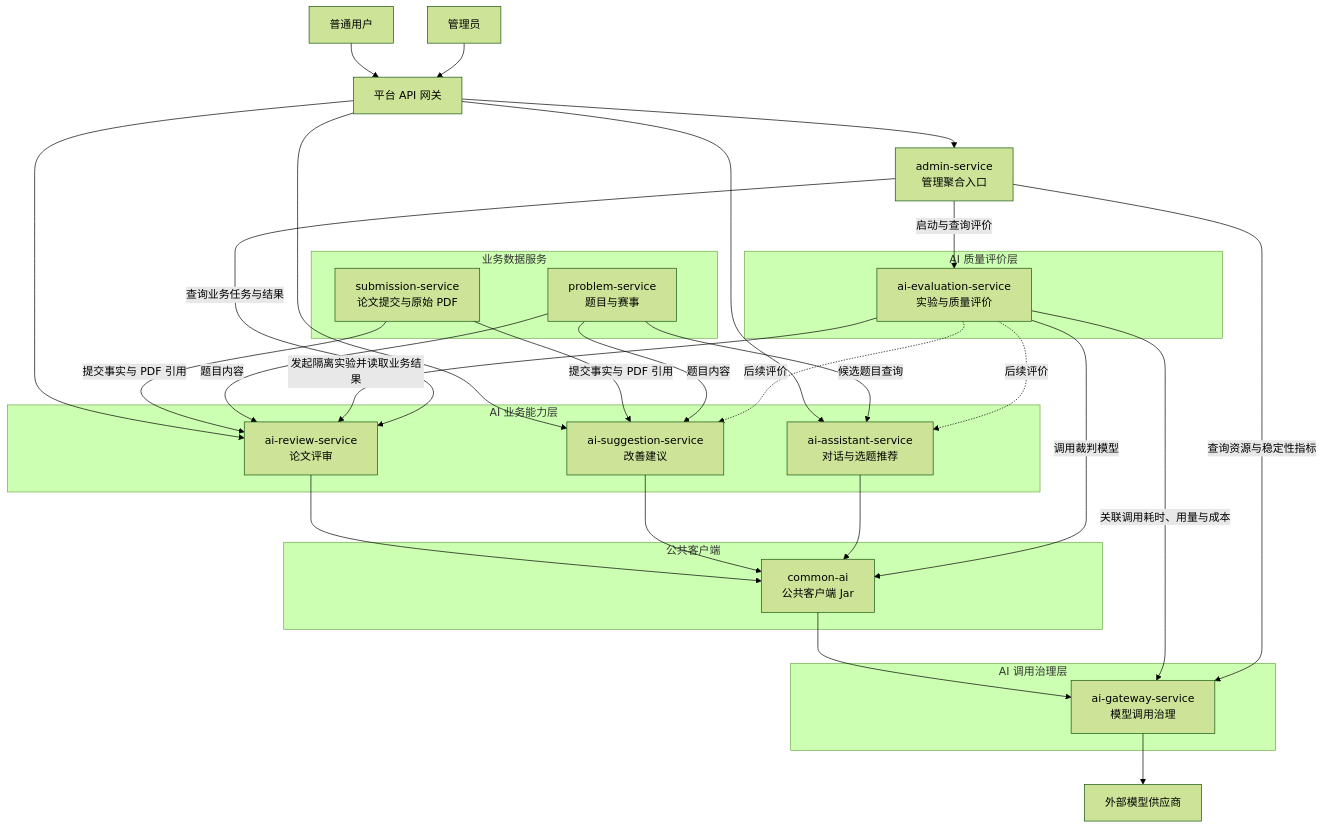
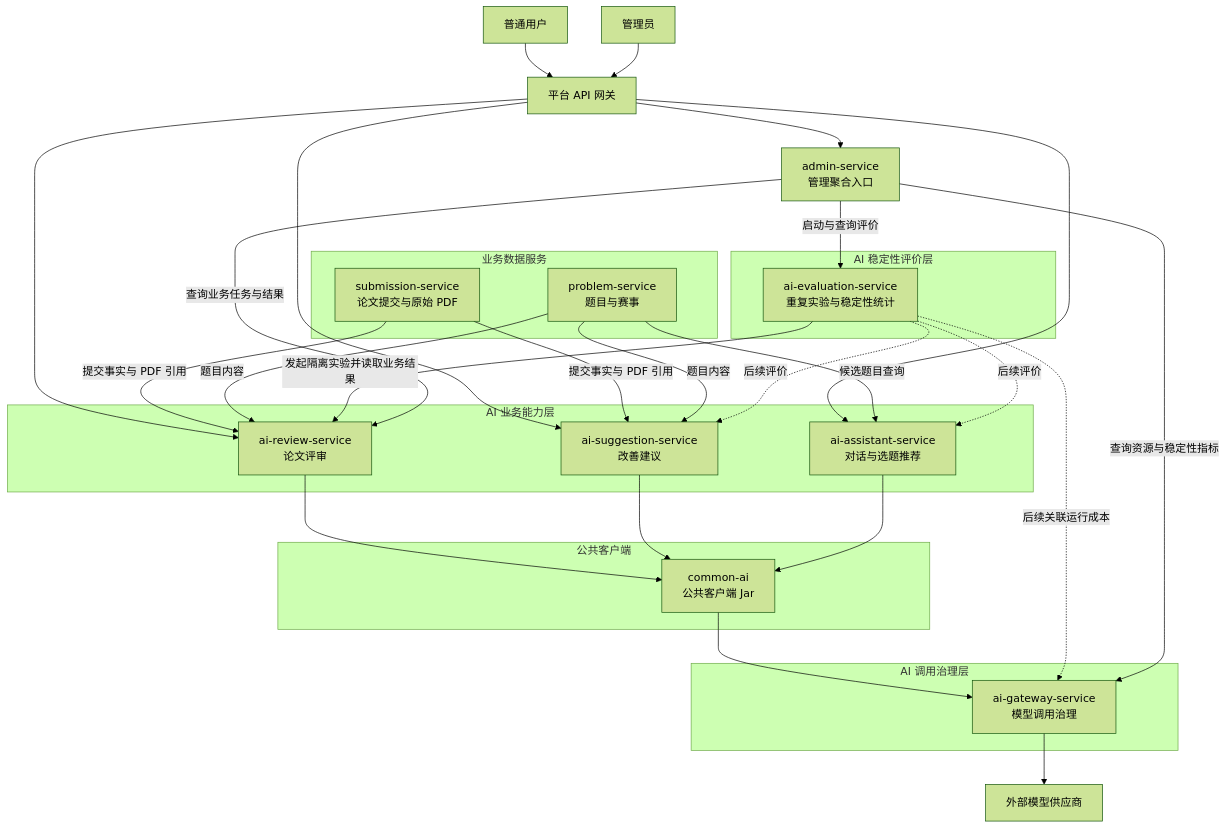
Before and after one commit to Dorian7Alden/LeetModel: the diagram in docs/project/02-架构设计/AI系统分层.md, drawn with Mermaid (forest theme). The commit also changed other lines of this file and 30 other files, not shown here.

````diff
--- a/docs/project/02-架构设计/AI系统分层.md
+++ b/docs/project/02-架构设计/AI系统分层.md
@@ -46,61 +46,60 @@
 ```mermaid
 flowchart TB
     USER[普通用户]
     ADMIN_USER[管理员]
     API_GATEWAY[平台 API 网关]
 
     subgraph DOMAIN[业务数据服务]
         SUBMISSION[submission-service<br/>论文提交与原始 PDF]
         PROBLEM[problem-service<br/>题目与赛事]
     end
 
     subgraph BUSINESS[AI 业务能力层]
         REVIEW[ai-review-service<br/>论文评审]
         SUGGESTION[ai-suggestion-service<br/>改善建议]
         ASSISTANT[ai-assistant-service<br/>对话与选题推荐]
     end
 
-    subgraph QUALITY[AI 质量评价层]
-        EVALUATION[ai-evaluation-service<br/>实验与质量评价]
+    subgraph QUALITY[AI 稳定性评价层]
+        EVALUATION[ai-evaluation-service<br/>重复实验与稳定性统计]
     end
 
     subgraph CLIENT[公共客户端]
         COMMON_AI[common-ai<br/>公共客户端 Jar]
     end
 
     subgraph GOVERNANCE[AI 调用治理层]
         AI_GATEWAY[ai-gateway-service<br/>模型调用治理]
     end
 
     MODEL[外部模型供应商]
 
     ADMIN[admin-service<br/>管理聚合入口]
 
     USER --> API_GATEWAY
     API_GATEWAY --> REVIEW
     API_GATEWAY --> SUGGESTION
     API_GATEWAY --> ASSISTANT
     SUBMISSION -->|提交事实与 PDF 引用| REVIEW
     SUBMISSION -->|提交事实与 PDF 引用| SUGGESTION
     PROBLEM -->|题目内容| REVIEW
     PROBLEM -->|题目内容| SUGGESTION
     PROBLEM -->|候选题目查询| ASSISTANT
 
     REVIEW --> COMMON_AI
     SUGGESTION --> COMMON_AI
     ASSISTANT --> COMMON_AI
-    EVALUATION -->|调用裁判模型| COMMON_AI
     COMMON_AI --> AI_GATEWAY
     AI_GATEWAY --> MODEL
 
     EVALUATION -->|发起隔离实验并读取业务结果| REVIEW
     EVALUATION -.->|后续评价| SUGGESTION
     EVALUATION -.->|后续评价| ASSISTANT
-    EVALUATION -->|关联调用耗时、用量与成本| AI_GATEWAY
+    EVALUATION -.->|后续关联运行成本| AI_GATEWAY
 
     ADMIN_USER --> API_GATEWAY
     API_GATEWAY --> ADMIN
     ADMIN -->|启动与查询评价| EVALUATION
     ADMIN -->|查询业务任务与结果| REVIEW
     ADMIN -->|查询资源与稳定性指标| AI_GATEWAY
 ```
````
